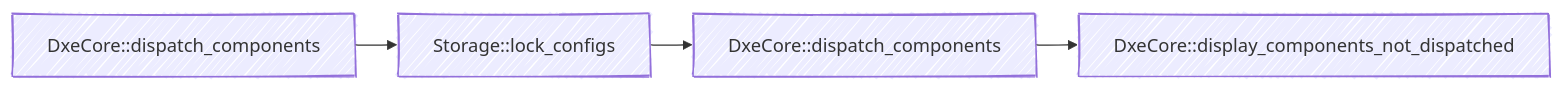
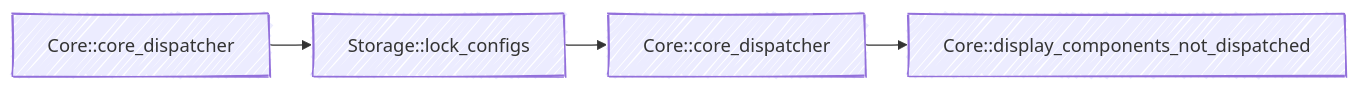
Before and after one commit to vineelko/patina: the first of 3 diagrams in docs/src/dxe_core/component_model.md, drawn with Mermaid. The commit also changed other lines of this file and 6 other files, not shown here.

````diff
--- a/docs/src/dxe_core/component_model.md
+++ b/docs/src/dxe_core/component_model.md
@@ -105,11 +105,11 @@
 ```mermaid
 ---
 config:
   layout: elk
   look: handDrawn
 ---
 graph LR
-    A[DxeCore::dispatch_components] --> B[Storage::lock_configs]
-    B --> C[DxeCore::dispatch_components]
-    C --> D[DxeCore::display_components_not_dispatched]
+    A[Core::core_dispatcher] --> B[Storage::lock_configs]
+    B --> C[Core::core_dispatcher]
+    C --> D[Core::display_components_not_dispatched]
 ```
````
